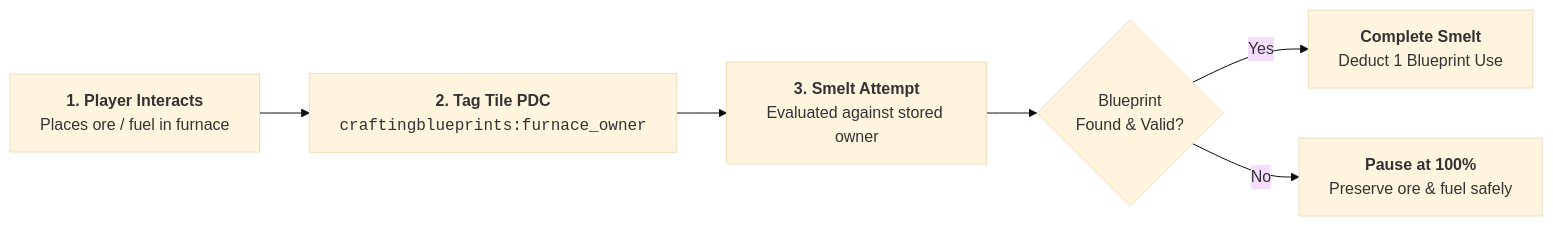
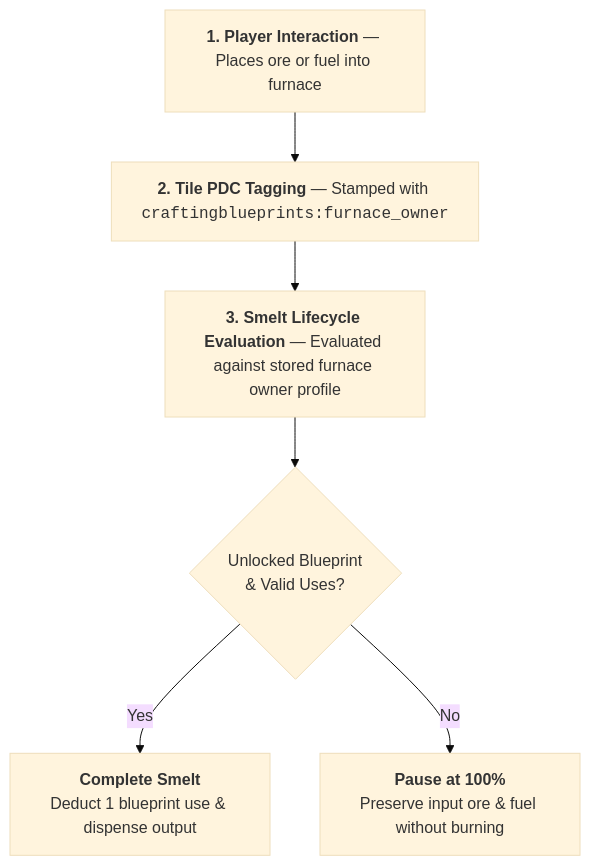
Before and after one commit to XZtotal/CraftingBlueprints-Wiki: the first of 2 diagrams in docs/mechanics/smelting-and-furnaces.md, drawn with Mermaid (base theme). The commit also changed other lines of this file and 31 other files, not shown here.

Commit message:
style(docs): optimize diagram proportions, center all diagrams, and fix table padding

````diff
--- a/docs/mechanics/smelting-and-furnaces.md
+++ b/docs/mechanics/smelting-and-furnaces.md
@@ -74,6 +74,9 @@
 ```mermaid
-flowchart LR
-    Interact["<b>1. Player Interacts</b><br/>Places ore / fuel in furnace"] --> Write["<b>2. Tag Tile PDC</b><br/><code>craftingblueprints:furnace_owner</code>"] --> Eval["<b>3. Smelt Attempt</b><br/>Evaluated against stored owner"] --> Check{"Blueprint<br/>Found &amp; Valid?"}
-    Check -->|Yes| Complete["<b>Complete Smelt</b><br/>Deduct 1 Blueprint Use"]
-    Check -->|No| Pause["<b>Pause at 100%</b><br/>Preserve ore &amp; fuel safely"]
+flowchart TD
+    Interact["<b>1. Player Interaction</b> — Places ore or fuel into furnace"]
+    --> Write["<b>2. Tile PDC Tagging</b> — Stamped with <code>craftingblueprints:furnace_owner</code>"]
+    --> Eval["<b>3. Smelt Lifecycle Evaluation</b> — Evaluated against stored furnace owner profile"]
+    --> Check{"Unlocked Blueprint<br/>& Valid Uses?"}
+    Check -->|Yes| Complete["<b>Complete Smelt</b><br/>Deduct 1 blueprint use & dispense output"]
+    Check -->|No| Pause["<b>Pause at 100%</b><br/>Preserve input ore & fuel without burning"]
 ```
````
